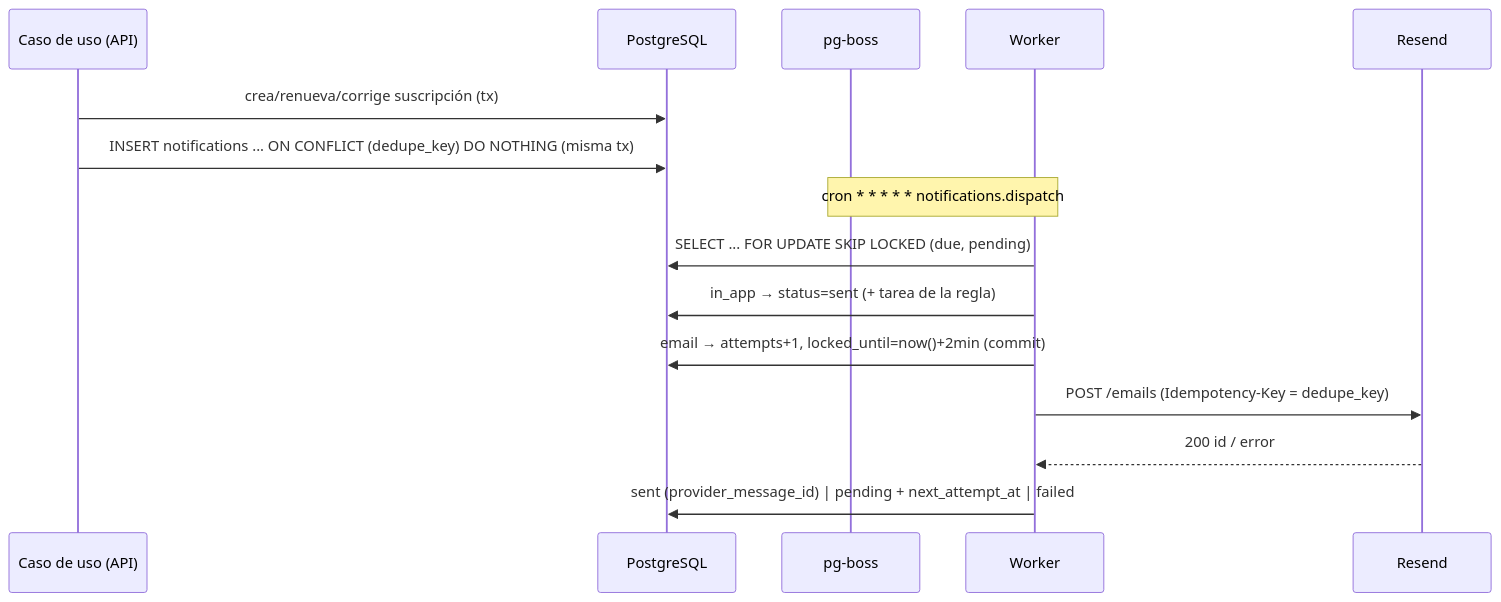
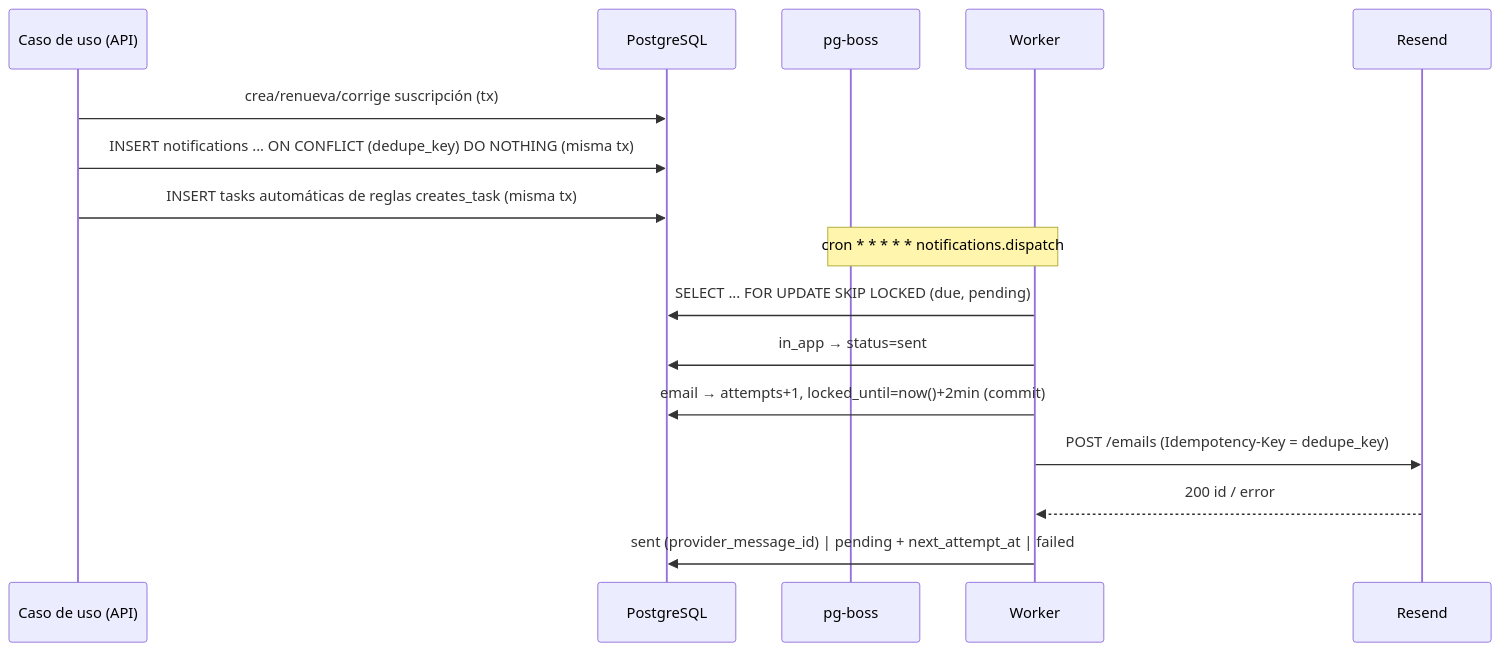
Before and after one commit to DeibyRamirez/Gestion_Fabsoft: the first of 2 diagrams in docs/notifications.md, drawn with Mermaid. The commit also changed other lines of this file and 138 other files, not shown here.

````diff
--- a/docs/notifications.md
+++ b/docs/notifications.md
@@ -29,17 +29,18 @@
 ```mermaid
 sequenceDiagram
   participant UC as Caso de uso (API)
   participant DB as PostgreSQL
   participant Q as pg-boss
   participant W as Worker
   participant R as Resend
   UC->>DB: crea/renueva/corrige suscripción (tx)
   UC->>DB: INSERT notifications ... ON CONFLICT (dedupe_key) DO NOTHING (misma tx)
+  UC->>DB: INSERT tasks automáticas de reglas creates_task (misma tx)
   Note over Q,W: cron * * * * * notifications.dispatch
   W->>DB: SELECT ... FOR UPDATE SKIP LOCKED (due, pending)
-  W->>DB: in_app → status=sent (+ tarea de la regla)
+  W->>DB: in_app → status=sent
   W->>DB: email → attempts+1, locked_until=now()+2min (commit)
   W->>R: POST /emails (Idempotency-Key = dedupe_key)
   R-->>W: 200 id / error
   W->>DB: sent (provider_message_id) | pending + next_attempt_at | failed
 ```
````
